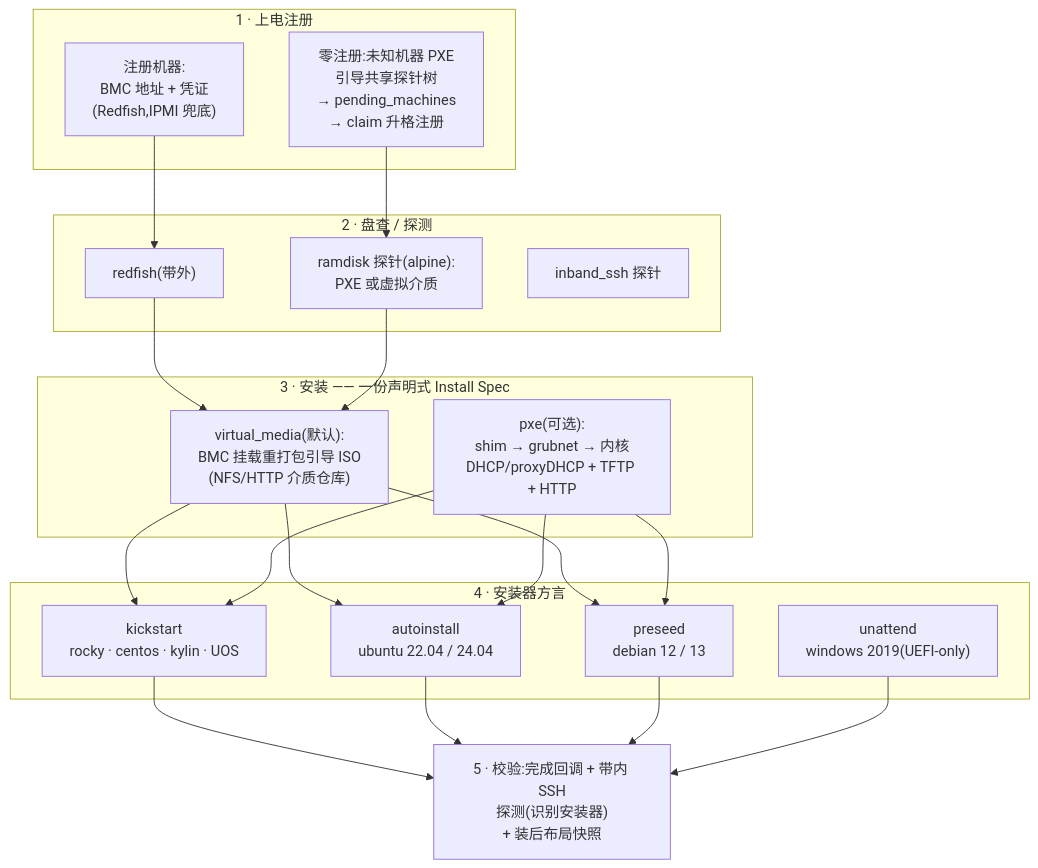
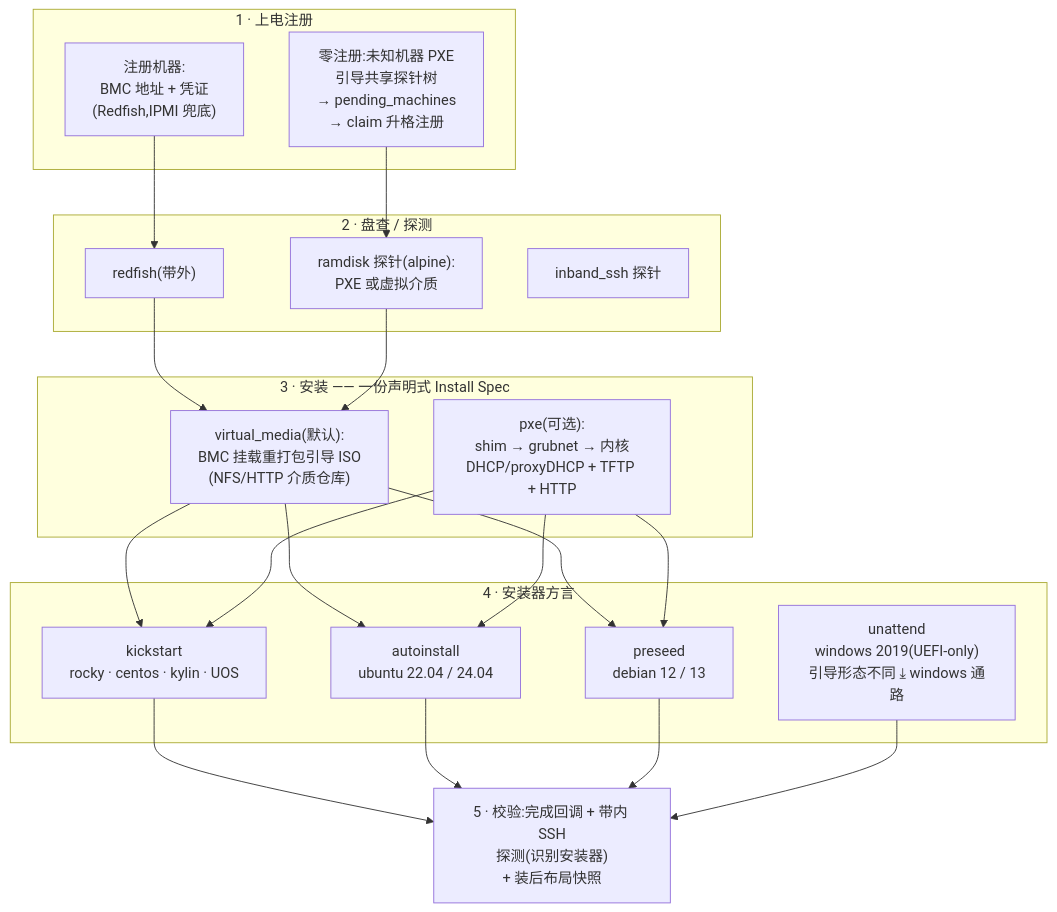
Before and after one commit to 3th1nk/mammoth: the first of 3 diagrams in README.zh-CN.md, drawn with Mermaid. The commit also changed other lines of this file and 1 other file, not shown here.

First line of the commit message:
docs(readme): At a glance 补 windows 通路子图——两通路引导形态与 Linux 不同

````diff
--- a/README.zh-CN.md
+++ b/README.zh-CN.md
@@ -45,37 +45,37 @@
 ```mermaid
 flowchart TD
     subgraph ON["1 · 上电注册"]
         reg["注册机器:<br/>BMC 地址 + 凭证<br/>(Redfish,IPMI 兜底)"]
         zr["零注册:未知机器 PXE<br/>引导共享探针树<br/>→ pending_machines<br/>→ claim 升格注册"]
     end
     subgraph INV["2 · 盘查 / 探测"]
         rf["redfish(带外)"]
         ram["ramdisk 探针(alpine):<br/>PXE 或虚拟介质"]
         ish["inband_ssh 探针"]
     end
     subgraph INS["3 · 安装 —— 一份声明式 Install Spec"]
         vm["virtual_media(默认):<br/>BMC 挂载重打包引导 ISO<br/>(NFS/HTTP 介质仓库)"]
         pxe["pxe(可选):<br/>shim → grubnet → 内核<br/>DHCP/proxyDHCP + TFTP + HTTP"]
     end
     subgraph DIA["4 · 安装器方言"]
         ks["kickstart<br/>rocky · centos · kylin · UOS"]
         ai["autoinstall<br/>ubuntu 22.04 / 24.04"]
         ps["preseed<br/>debian 12 / 13"]
-        wu["unattend<br/>windows 2019(UEFI-only)"]
+        wu["unattend<br/>windows 2019(UEFI-only)<br/>引导形态不同 ⤓ windows 通路"]
     end
     ver["5 · 校验:完成回调 + 带内 SSH<br/>探测(识别安装器)<br/>+ 装后布局快照"]
     reg --> rf
     zr --> ram
     rf --> vm
     ram --> vm
     vm --> ks
     vm --> ai
     vm --> ps
     pxe --> ks
     pxe --> ai
     pxe --> ps
     ks --> ver
     ai --> ver
     ps --> ver
     wu --> ver
 ```
````
